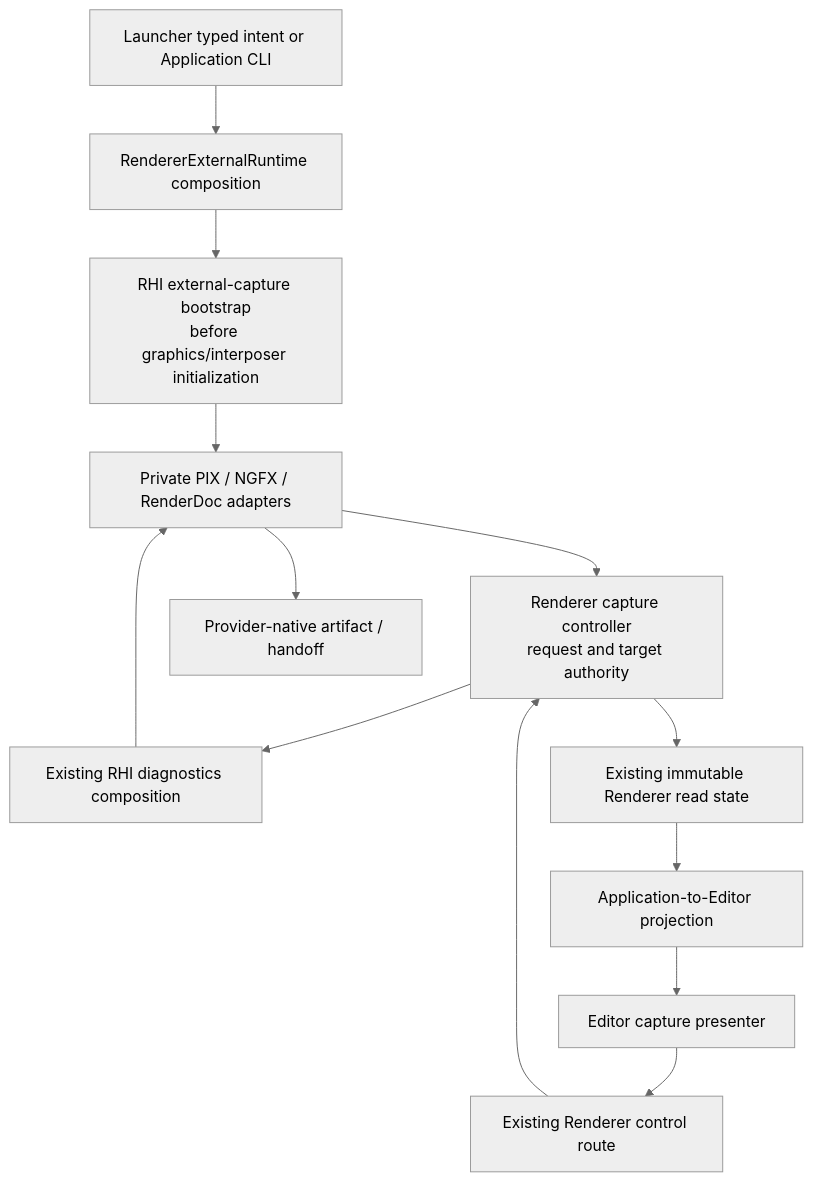
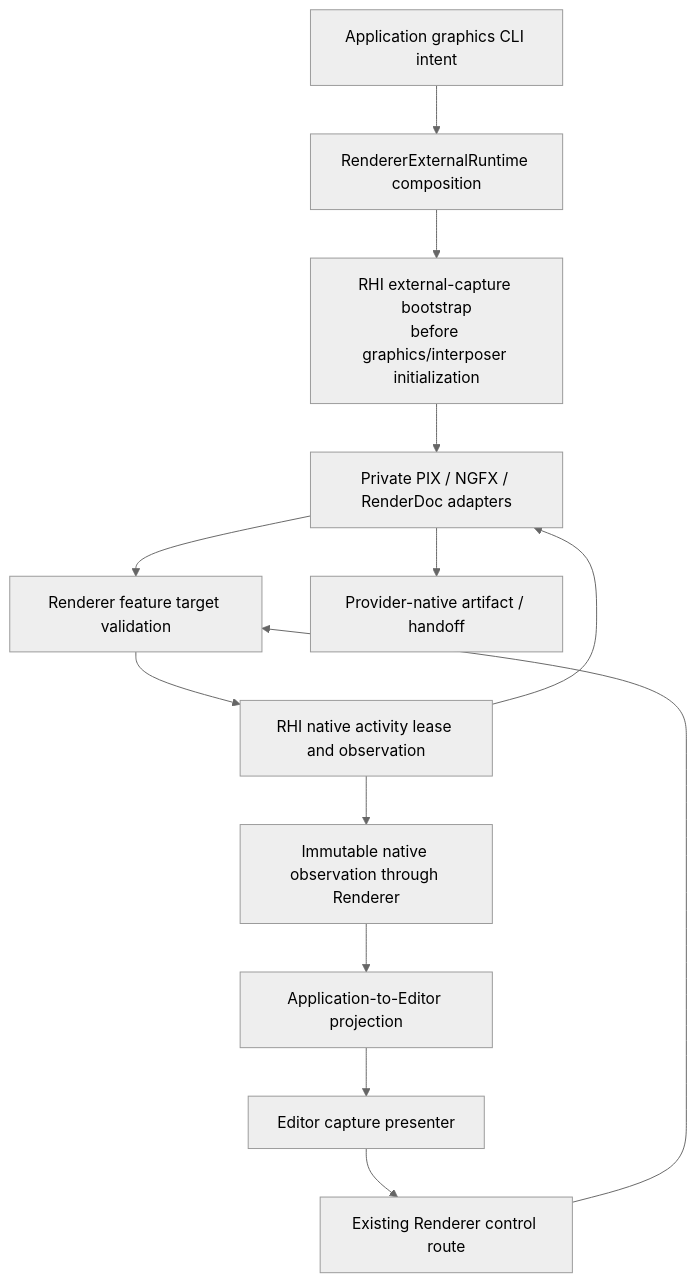
Before and after one commit to stoleckipawel/SparkleEngine: the diagram in Docs/Architecture/CrossModule/PerformanceDiagnostics/ExternalCapture/ExecutionArchitecture.md, drawn with Mermaid (neutral theme). The commit also changed other lines of this file and 111 other files, not shown here.

Commit message:
external capture provider capture architecture refienemnt & launcher hook

````diff
--- a/Docs/Architecture/CrossModule/PerformanceDiagnostics/ExternalCapture/ExecutionArchitecture.md
+++ b/Docs/Architecture/CrossModule/PerformanceDiagnostics/ExternalCapture/ExecutionArchitecture.md
@@ -27,15 +23,15 @@
 ```mermaid
 flowchart TD
-    Launch[Launcher typed intent or Application CLI] --> Runtime[RendererExternalRuntime composition]
+    Launch[Application graphics CLI intent] --> Runtime[RendererExternalRuntime composition]
     Runtime --> Bootstrap[RHI external-capture bootstrap<br/>before graphics/interposer initialization]
     Bootstrap --> Backend[Private PIX / NGFX / RenderDoc adapters]
     Click[Editor capture presenter] --> Control[Existing Renderer control route]
-    Control --> Capture[Renderer capture controller<br/>request and target authority]
-    Capture --> Native[Existing RHI diagnostics composition]
+    Control --> Capture[Renderer feature target validation]
+    Capture --> Native[RHI native activity lease and observation]
     Native --> Backend
     Backend --> Capture
-    Capture --> Read[Existing immutable Renderer read state]
+    Native --> Read[Immutable native observation through Renderer]
     Read --> App[Application-to-Editor projection]
     App --> Click
     Backend --> Artifact[Provider-native artifact / handoff]
 ```
````
